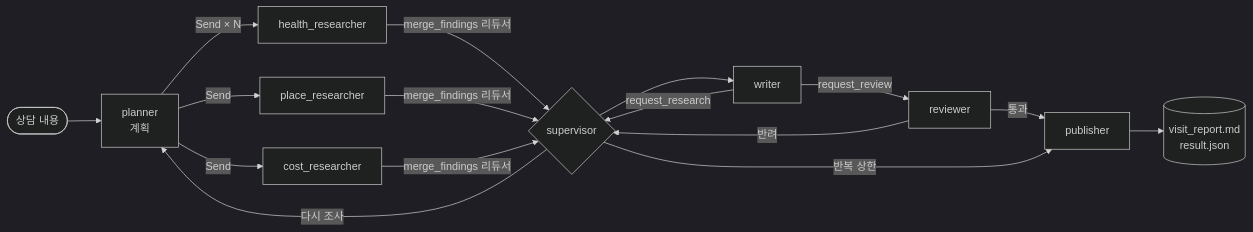
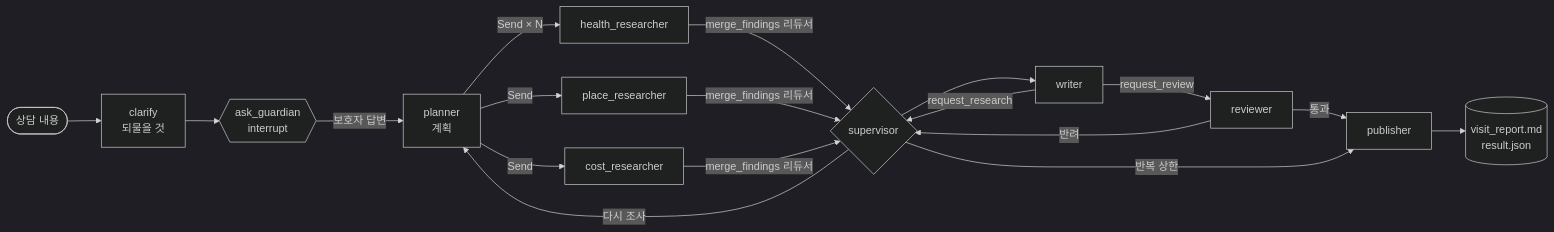
One commit to rndigkwk/dograg changed the diagram in README.md. Above: the diagram before and after it, drawn with Mermaid (dark theme). The commit also changed other lines of this file and 12 other files, not shown here.

First line of the commit message:
feat: the visit-prep team asks the guardian before planning (day51 interrupt)

````diff
--- a/README.md
+++ b/README.md
@@ -135,16 +135,18 @@
 ```mermaid
 flowchart LR
-  S([상담 내용]) --> P[planner<br/>계획]
+  S([상담 내용]) --> Q[clarify<br/>되물을 것]
+  Q --> A{{ask_guardian<br/>interrupt}}
+  A -- 보호자 답변 --> P[planner<br/>계획]
   P -- Send × N --> R1[health_researcher]
   P -- Send --> R2[place_researcher]
   P -- Send --> R3[cost_researcher]
   R1 & R2 & R3 -- merge_findings 리듀서 --> V{supervisor}
   V --> W[writer]
   W -- request_review --> C[reviewer]
   W -- request_research --> V
   C -- 반려 --> V
   V -- 다시 조사 --> P
   C -- 통과 --> B[publisher]
   V -- 반복 상한 --> B
   B --> F[(visit_report.md<br/>result.json)]
 ```
````
